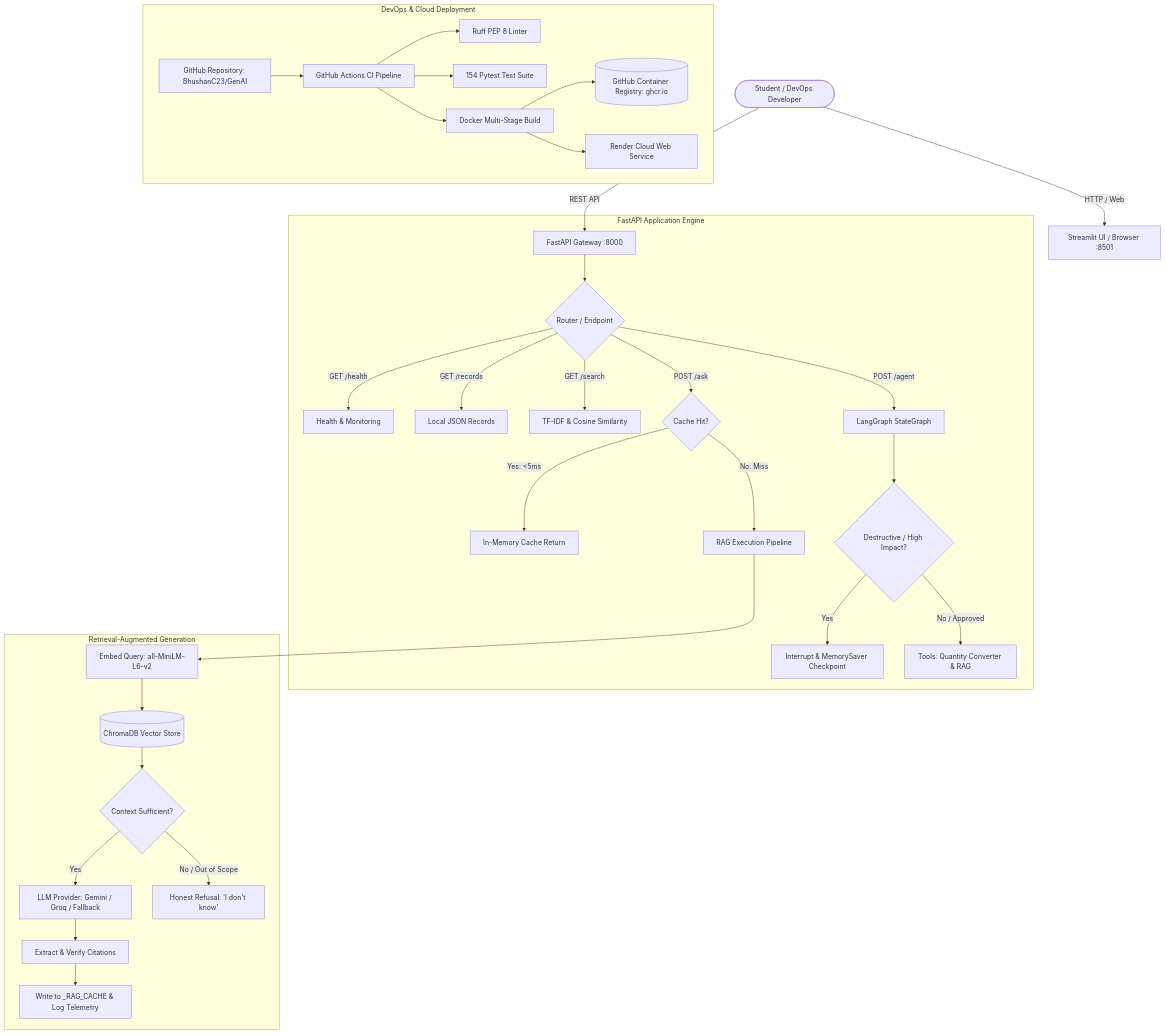
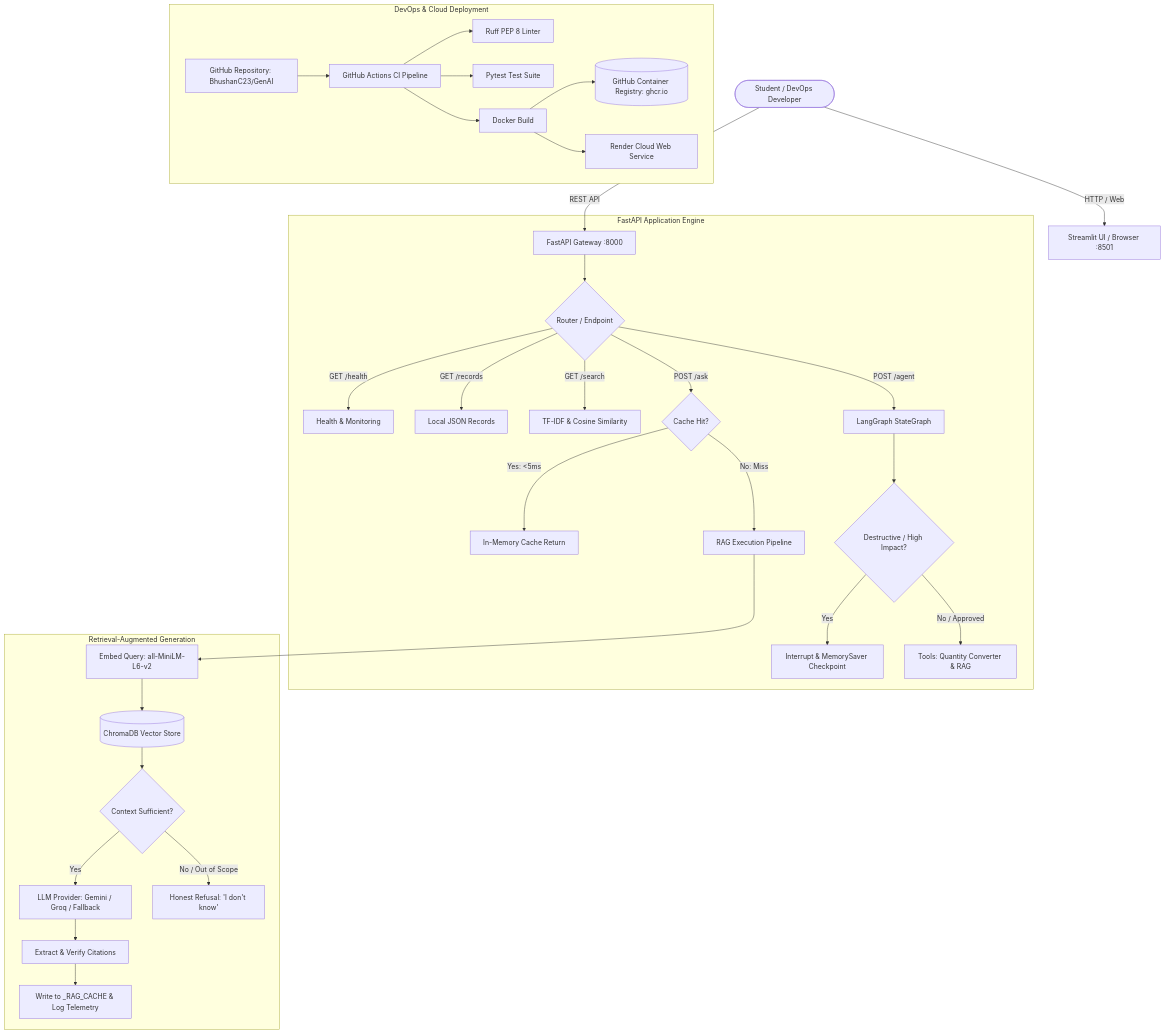
The fourth of 4 diagrams in README.md (BhushanC23/GenAI), drawn with Mermaid before and after one commit. The commit also changed other lines of this file and 15 other files, not shown here.

````diff
--- a/README.md
+++ b/README.md
@@ -446,40 +483,40 @@
 ```mermaid
 flowchart TD
     User([Student / DevOps Developer]) -->|HTTP / Web| UI[Streamlit UI / Browser :8501]
     User -->|REST API| API[FastAPI Gateway :8000]
     
     subgraph FastAPI_Backend [FastAPI Application Engine]
         API --> Router{Router / Endpoint}
         Router -->|GET /health| Health[Health & Monitoring]
         Router -->|GET /records| RecStore[Local JSON Records]
         Router -->|GET /search| TFIDF[TF-IDF & Cosine Similarity]
         Router -->|POST /ask| CacheCheck{Cache Hit?}
         
         CacheCheck -->|Yes: <5ms| CacheResp[In-Memory Cache Return]
         CacheCheck -->|No: Miss| RAGPipe[RAG Execution Pipeline]
         
         Router -->|POST /agent| LG[LangGraph StateGraph]
         LG --> HITL{Destructive / High Impact?}
         HITL -->|Yes| Pause[Interrupt & MemorySaver Checkpoint]
         HITL -->|No / Approved| Tools[Tools: Quantity Converter & RAG]
     end
 
     subgraph RAG_Pipeline [Retrieval-Augmented Generation]
         RAGPipe --> Embed[Embed Query: all-MiniLM-L6-v2]
         Embed --> Chroma[(ChromaDB Vector Store)]
         Chroma --> SuffixCheck{Context Sufficient?}
         SuffixCheck -->|Yes| LLM[LLM Provider: Gemini / Groq / Fallback]
         SuffixCheck -->|No / Out of Scope| HonestRefusal["Honest Refusal: 'I don't know'"]
         LLM --> Citations[Extract & Verify Citations]
         Citations --> CacheWrite[Write to _RAG_CACHE & Log Telemetry]
     end
 
     subgraph CI_CD_Infrastructure [DevOps & Cloud Deployment]
         GH[GitHub Repository: BhushanC23/GenAI] --> GHA[GitHub Actions CI Pipeline]
         GHA --> Ruff[Ruff PEP 8 Linter]
-        GHA --> Pytest[154 Pytest Test Suite]
-        GHA --> DockerBuild[Docker Multi-Stage Build]
+        GHA --> Pytest[Pytest Test Suite]
+        GHA --> DockerBuild[Docker Build]
         DockerBuild --> GHCR[(GitHub Container Registry: ghcr.io)]
         DockerBuild --> Render[Render Cloud Web Service]
     end
 ```
````
